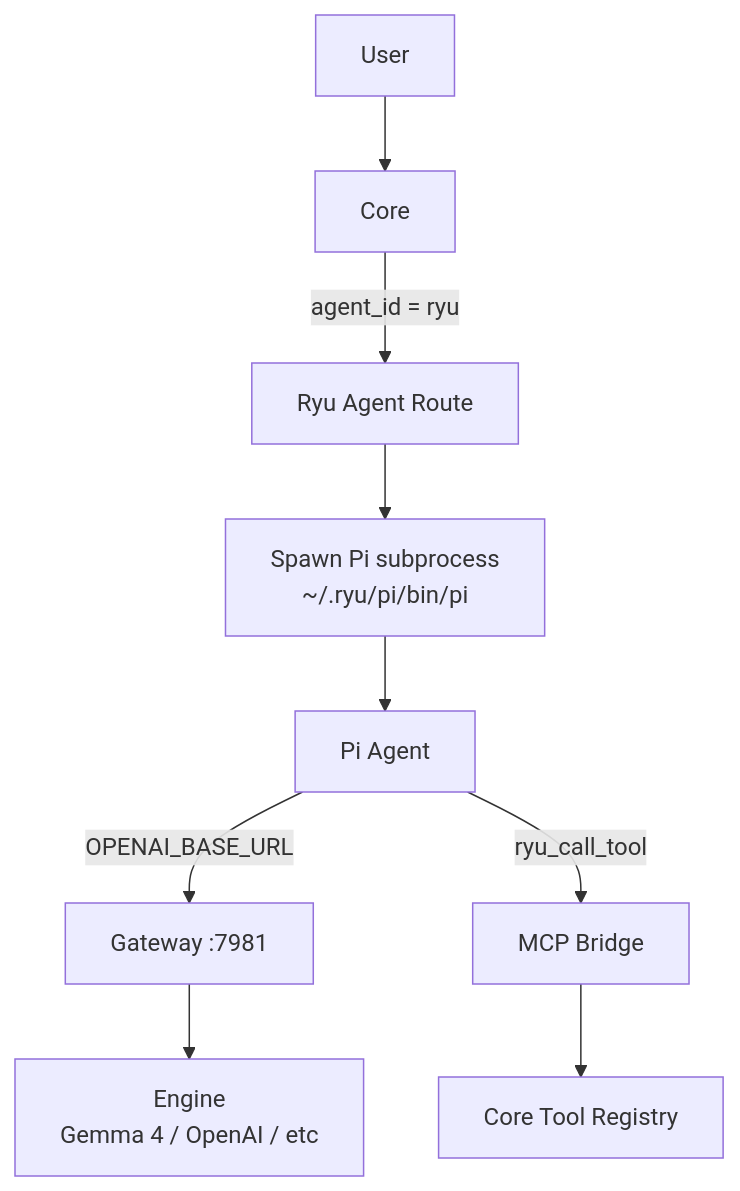
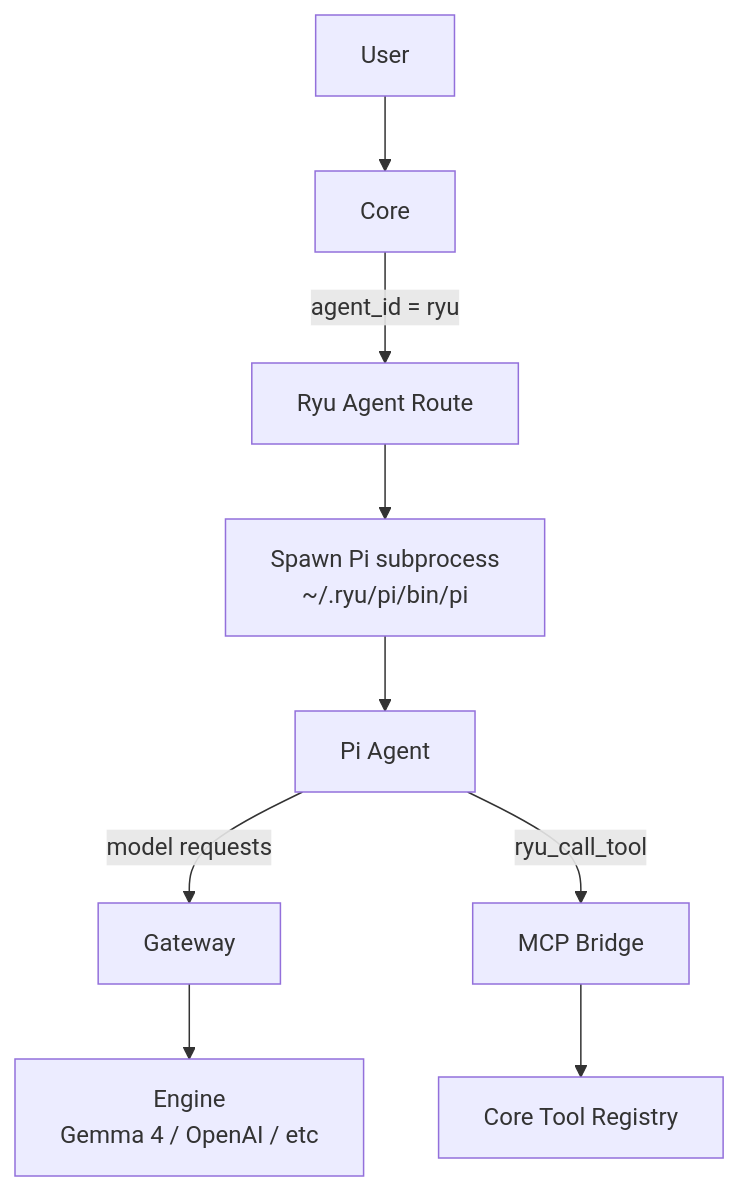
One commit to amajorai/ryu-docs changed the diagram in content/docs/start-here/architecture/ryu-agent.mdx. Above: the diagram before and after it, drawn with Mermaid. The commit also changed other lines of this file and 910 other files, not shown here.

````diff
--- a/content/docs/start-here/architecture/ryu-agent.mdx
+++ b/content/docs/start-here/architecture/ryu-agent.mdx
@@ -25,11 +27,11 @@
 ```mermaid
 flowchart TD
   U[User] --> C[Core]
   C -->|"agent_id = ryu"| R[Ryu Agent Route]
   R --> SP["Spawn Pi subprocess<br/>~/.ryu/pi/bin/pi"]
   SP --> PI[Pi Agent]
-  PI -->|"OPENAI_BASE_URL"| GW[Gateway :7981]
+  PI -->|"model requests"| GW[Gateway]
   GW --> ENG[Engine<br/>Gemma 4 / OpenAI / etc]
   PI -->|"ryu_call_tool"| MCP[MCP Bridge]
   MCP --> CT[Core Tool Registry]
 ```
````
